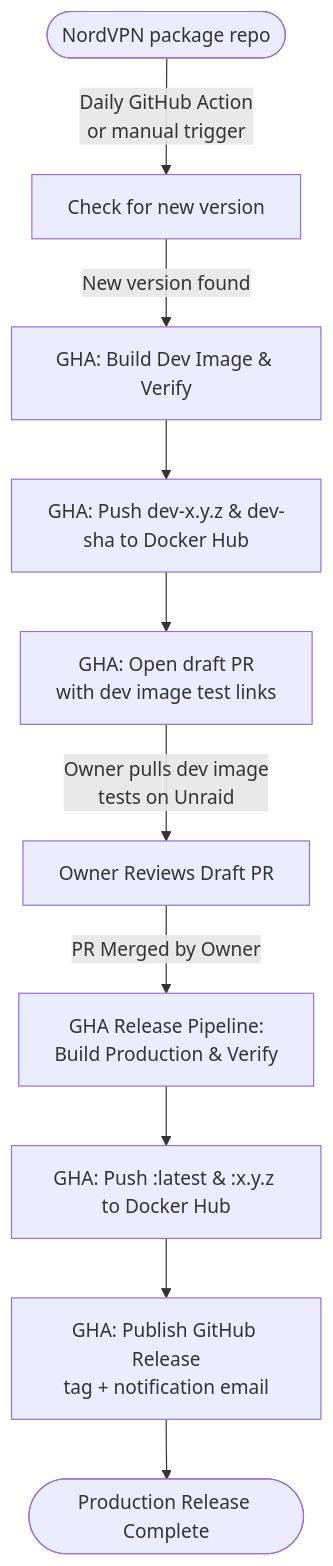
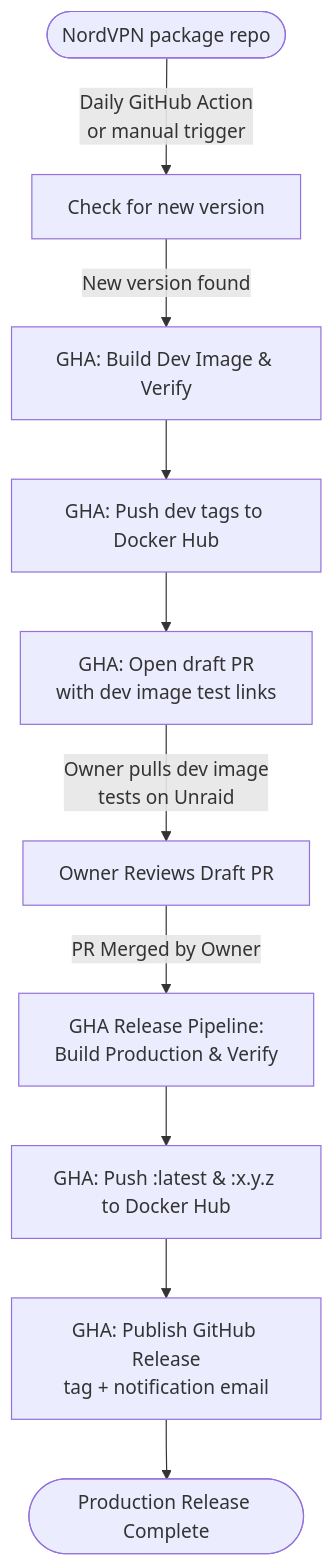
One commit to fredplex/nordvpnplex changed the diagram in docs/user-guide.md. Above: the diagram before and after it, drawn with Mermaid. The commit also changed other lines of this file and 5 other files, not shown here.

````diff
--- a/docs/user-guide.md
+++ b/docs/user-guide.md
@@ -36,12 +36,12 @@
 ```mermaid
 flowchart TD
     A([NordVPN package repo]) -->|Daily GitHub Action\nor manual trigger| B[Check for new version]
     B -->|New version found| C[GHA: Build Dev Image & Verify]
-    C --> D[GHA: Push dev-x.y.z & dev-sha to Docker Hub]
+    C --> D[GHA: Push dev tags to Docker Hub]
     D --> E[GHA: Open draft PR\nwith dev image test links]
     E -->|Owner pulls dev image\ntests on Unraid| F[Owner Reviews Draft PR]
     F -->|PR Merged by Owner| G[GHA Release Pipeline:\nBuild Production & Verify]
     G --> H[GHA: Push :latest & :x.y.z to Docker Hub]
     H --> I[GHA: Publish GitHub Release\ntag + notification email]
     I --> J([Production Release Complete])
 ```
````
